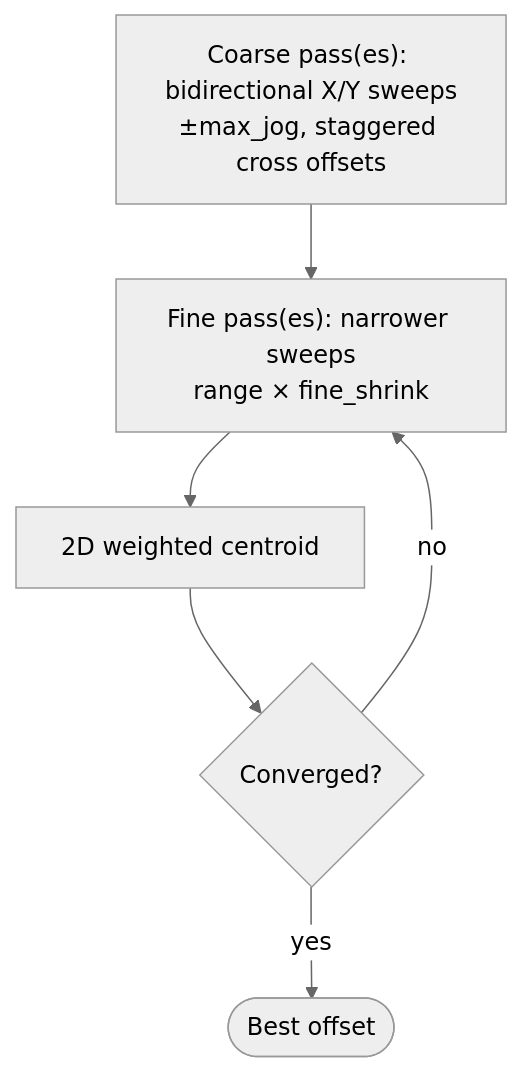
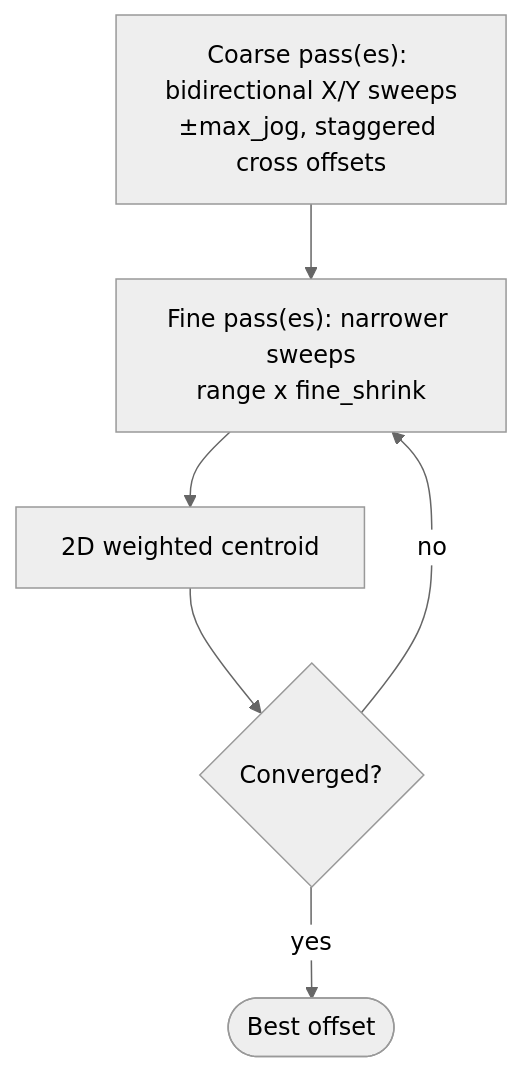
One commit to charliemayall/EddySeek changed the sixth of 7 diagrams in docs/CALIBRATION_PROCESS.md. Above: the diagram before and after it, drawn with Mermaid (neutral theme). The commit also changed other lines of this file and 4 other files, not shown here.

````diff
--- a/docs/CALIBRATION_PROCESS.md
+++ b/docs/CALIBRATION_PROCESS.md
@@ -160,8 +160,8 @@
 ```mermaid
 flowchart TD
   COARSE["Coarse pass(es): bidirectional X/Y sweeps<br/>±max_jog, staggered cross offsets"] --> FINE
-  FINE["Fine pass(es): narrower sweeps<br/>range × fine_shrink"] --> CENT["2D weighted centroid"]
+  FINE["Fine pass(es): narrower sweeps<br/>range x fine_shrink"] --> CENT["2D weighted centroid"]
   CENT --> CHECK{"Converged?"}
   CHECK -->|no| FINE
   CHECK -->|yes| DONE([Best offset])
 ```
````
